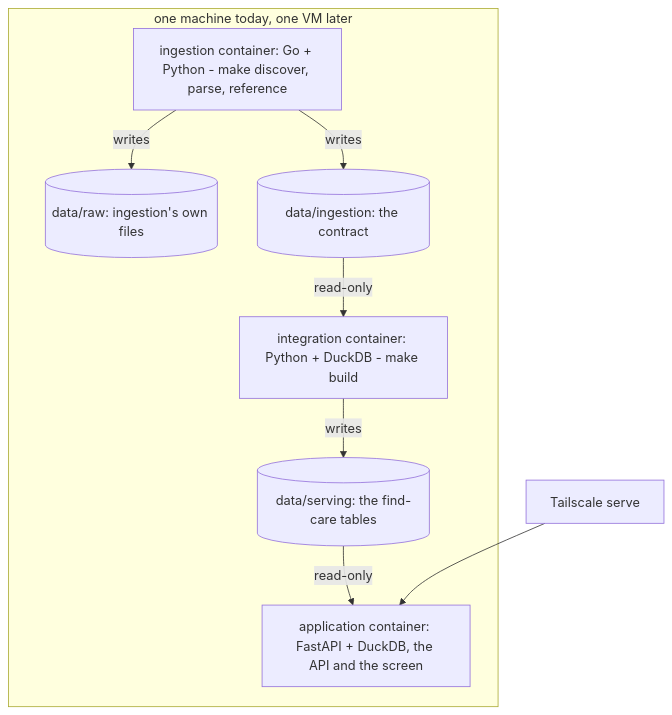
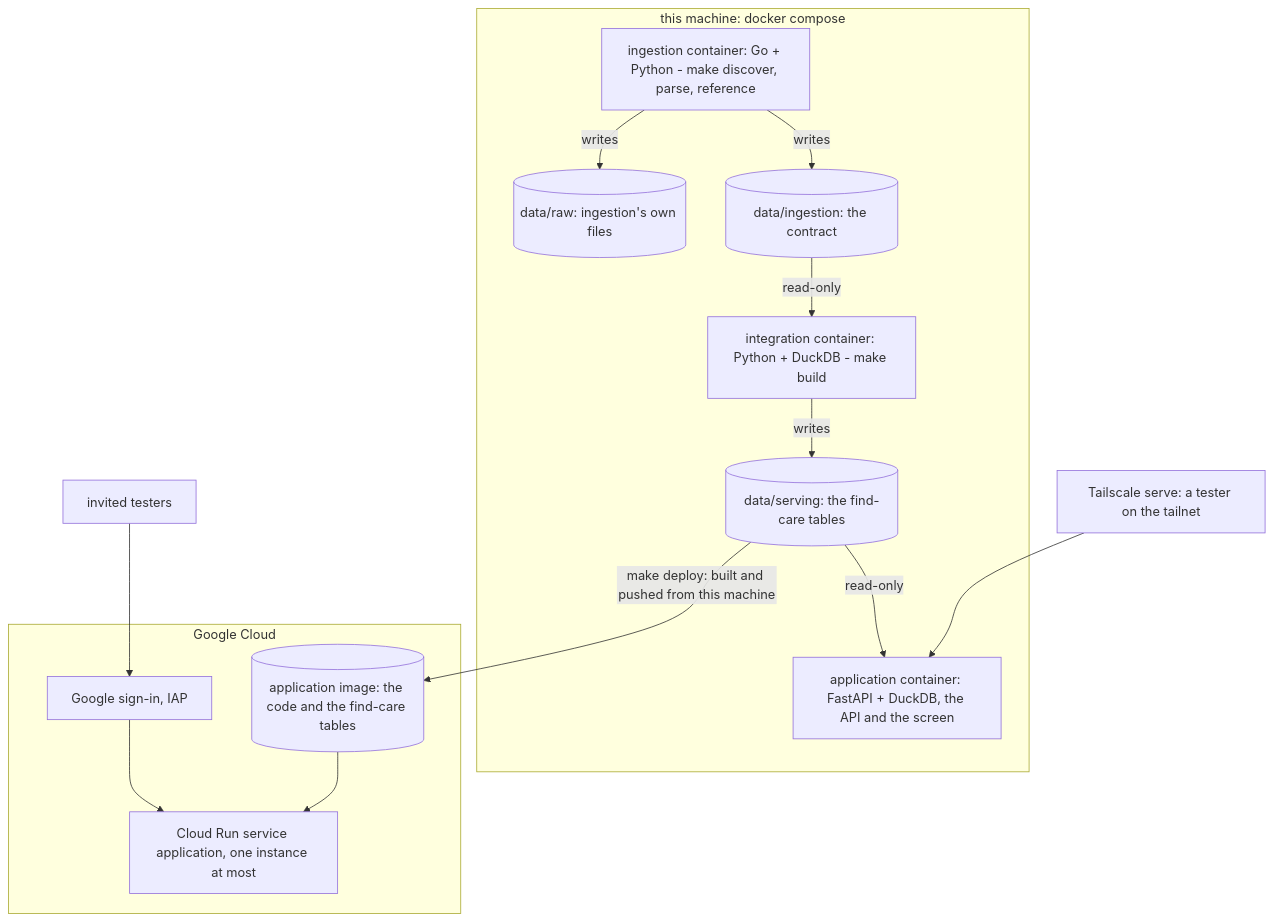
Before and after one commit to wmespi/honest-healthcare: the third of 3 diagrams in docs/architecture.md, drawn with Mermaid. The commit also changed other lines of this file, not shown here.

First line of the commit message:
docs: the data flow shows what reads parse's output, and the runtime shows the deployed app (#185)

````diff
--- a/docs/architecture.md
+++ b/docs/architecture.md
@@ -172,17 +183,26 @@
 ```mermaid
 flowchart TB
-  subgraph host [one machine today, one VM later]
+  subgraph host [this machine: docker compose]
     ING[ingestion container: Go + Python - make discover, parse, reference]
     INT[integration container: Python + DuckDB - make build]
     APP[application container: FastAPI + DuckDB, the API and the screen]
     RAWD[(data/raw: ingestion's own files)]
     CON[(data/ingestion: the contract)]
     SRV[(data/serving: the find-care tables)]
     ING -->|writes| RAWD
     ING -->|writes| CON
     CON -->|read-only| INT
     INT -->|writes| SRV
     SRV -->|read-only| APP
   end
-  TS[Tailscale serve] --> APP
+  TS[Tailscale serve: a tester on the tailnet] --> APP
+  SRV -->|"make deploy: built and pushed from this machine"| IMG
+  TESTERS[invited testers] --> IAP
+  subgraph gcp [Google Cloud]
+    IAP[Google sign-in, IAP]
+    IMG[(application image: the code and the find-care tables)]
+    RUN[Cloud Run service application, one instance at most]
+    IAP --> RUN
+    IMG --> RUN
+  end
 ```
````
